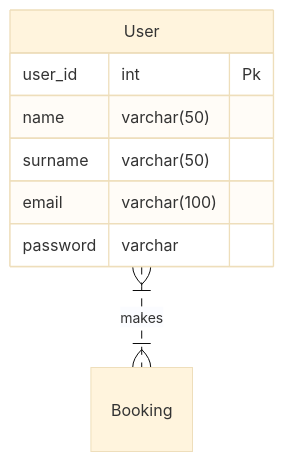
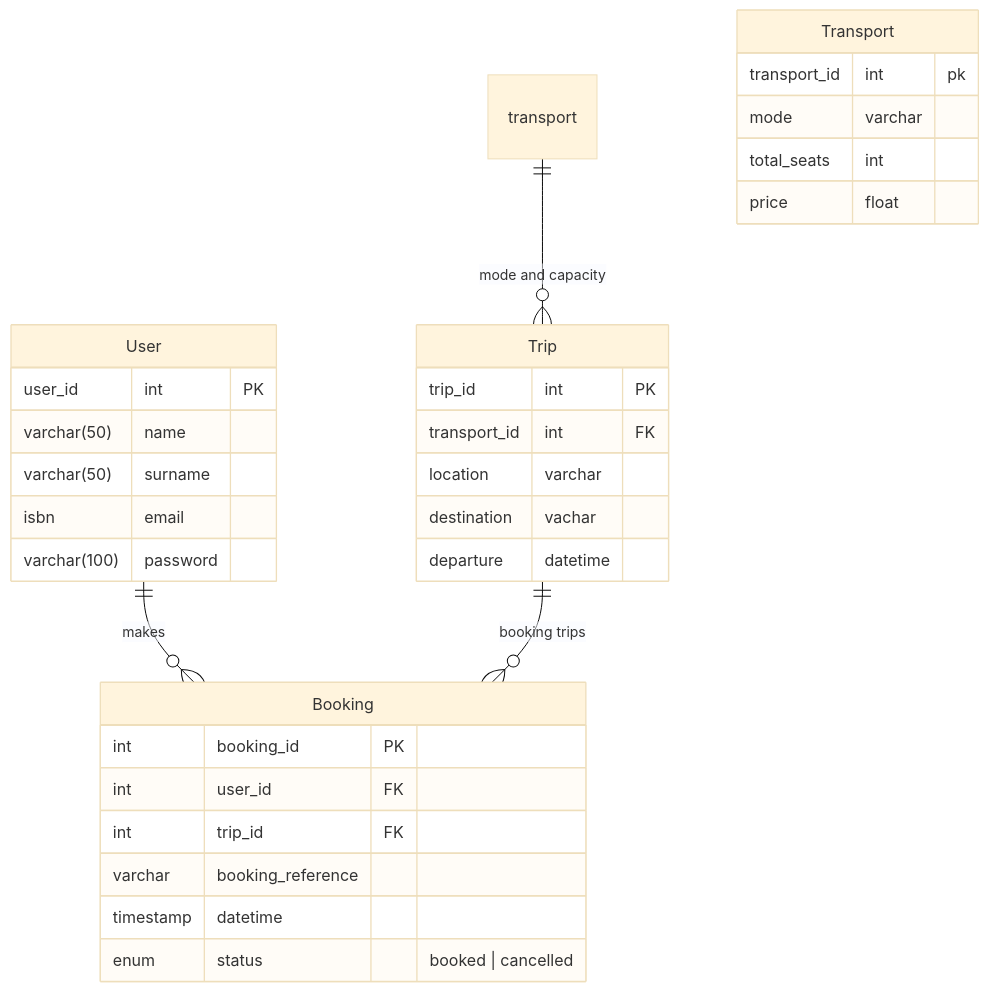
Before and after one commit to sibongakonkebuthelezi91/OIBSIP: the second of 2 diagrams in OnlineReservationSystem/README.md, drawn with Mermaid (base theme). The commit also changed 9 other files, not shown here.

````diff
--- a/OnlineReservationSystem/README.md
+++ b/OnlineReservationSystem/README.md
@@ -49,14 +49,39 @@
 ```mermaid
    erDiagram
-       User }|..|{ Booking : makes
+       User ||--o{ Booking : makes
+       Trip ||--o{ Booking : "booking trips"
+       transport ||--o{ Trip : "mode and capacity"
        
        User{
-           user_id int Pk
-           name varchar(50)
-           surname varchar(50)
-           email varchar(100)
-           password varchar
-           
+           user_id int PK
+           varchar(50) name
+           varchar(50) surname 
+           isbn email
+           varchar(100) password 
+       }
+       
+       Trip{
+           trip_id int PK
+           transport_id int FK
+           location varchar
+           destination vachar
+           departure datetime
+       }
+       
+       Booking{ 
+           int booking_id  PK
+           int user_id FK
+           int trip_id FK
+           varchar booking_reference
+           timestamp datetime
+           enum status "booked | cancelled"
+       }
+       
+       Transport{
+           transport_id int pk
+           mode varchar 
+           total_seats int 
+           price float 
        }
 
 ```
````
